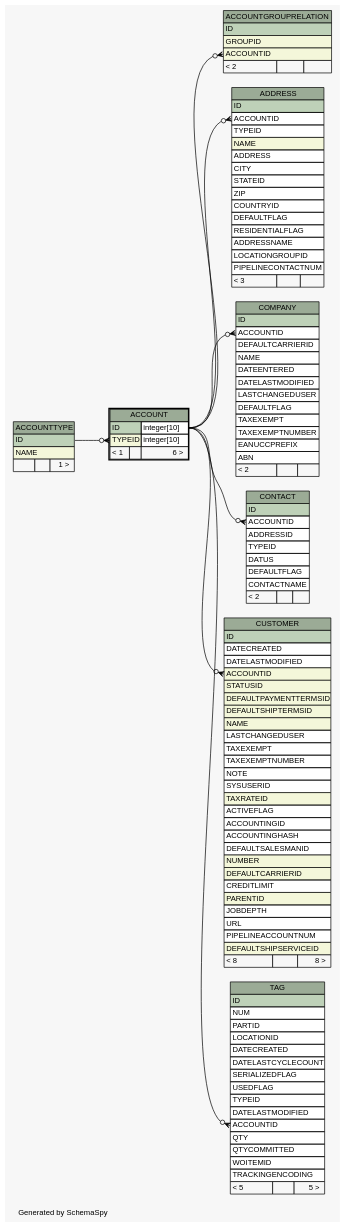
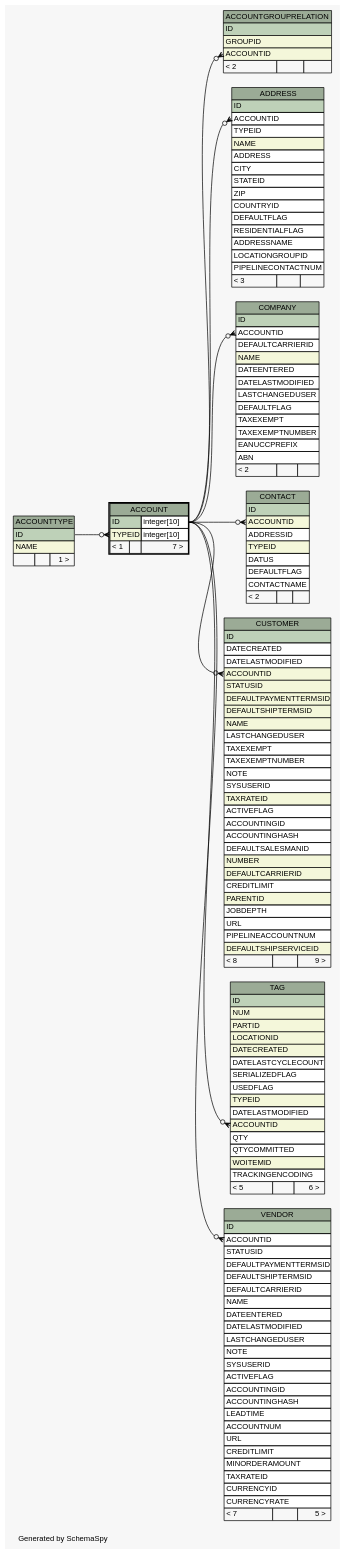
One commit to ilopez/FishbowlDataDictionary changed the diagram in dictionary/Fishbowl2013.5/diagrams/ACCOUNT.1degree.dot. Above: the diagram before and after it, drawn with Graphviz. The commit also changed 958 other files, not shown here.

Commit message:
Fixed the folder structure and updated db with SQL updates, and re ran schemaspy

```diff
--- a/dictionary/Fishbowl2013.5/diagrams/ACCOUNT.1degree.dot
+++ b/dictionary/Fishbowl2013.5/diagrams/ACCOUNT.1degree.dot
@@ -26,13 +26,14 @@
   "CONTACT":"ACCOUNTID":w -> "ACCOUNT":"ID.type":e [arrowhead=none dir=back arrowtail=crowodot];
   "CUSTOMER":"ACCOUNTID":w -> "ACCOUNT":"ID.type":e [arrowhead=none dir=back arrowtail=crowodot];
   "TAG":"ACCOUNTID":w -> "ACCOUNT":"ID.type":e [arrowhead=none dir=back arrowtail=crowodot];
+  "VENDOR":"ACCOUNTID":w -> "ACCOUNT":"ID.type":e [arrowhead=none dir=back arrowtail=crowodot];
   "ACCOUNT" [
     label=<
     <TABLE BORDER="2" CELLBORDER="1" CELLSPACING="0" BGCOLOR="#ffffff">
       <TR><TD COLSPAN="3" BGCOLOR="#9bab96" ALIGN="CENTER">ACCOUNT</TD></TR>
       <TR><TD PORT="ID" COLSPAN="2" BGCOLOR="#bed1b8" ALIGN="LEFT">ID</TD><TD PORT="ID.type" ALIGN="LEFT">integer[10]</TD></TR>
       <TR><TD PORT="TYPEID" COLSPAN="2" BGCOLOR="#f4f7da" ALIGN="LEFT">TYPEID</TD><TD PORT="TYPEID.type" ALIGN="LEFT">integer[10]</TD></TR>
-      <TR><TD ALIGN="LEFT" BGCOLOR="#f7f7f7">&lt; 1</TD><TD ALIGN="RIGHT" BGCOLOR="#f7f7f7">  </TD><TD ALIGN="RIGHT" BGCOLOR="#f7f7f7">6 &gt;</TD></TR>
+      <TR><TD ALIGN="LEFT" BGCOLOR="#f7f7f7">&lt; 1</TD><TD ALIGN="RIGHT" BGCOLOR="#f7f7f7">  </TD><TD ALIGN="RIGHT" BGCOLOR="#f7f7f7">7 &gt;</TD></TR>
     </TABLE>>
     URL="ACCOUNT.html"
     tooltip="ACCOUNT"
@@ -90,7 +91,7 @@
       <TR><TD PORT="ID" COLSPAN="3" BGCOLOR="#bed1b8" ALIGN="LEFT">ID</TD></TR>
       <TR><TD PORT="ACCOUNTID" COLSPAN="3" ALIGN="LEFT">ACCOUNTID</TD></TR>
       <TR><TD PORT="DEFAULTCARRIERID" COLSPAN="3" ALIGN="LEFT">DEFAULTCARRIERID</TD></TR>
-      <TR><TD PORT="NAME" COLSPAN="3" ALIGN="LEFT">NAME</TD></TR>
+      <TR><TD PORT="NAME" COLSPAN="3" BGCOLOR="#f4f7da" ALIGN="LEFT">NAME</TD></TR>
       <TR><TD PORT="DATEENTERED" COLSPAN="3" ALIGN="LEFT">DATEENTERED</TD></TR>
       <TR><TD PORT="DATELASTMODIFIED" COLSPAN="3" ALIGN="LEFT">DATELASTMODIFIED</TD></TR>
       <TR><TD PORT="LASTCHANGEDUSER" COLSPAN="3" ALIGN="LEFT">LASTCHANGEDUSER</TD></TR>
@@ -109,9 +110,9 @@
     <TABLE BORDER="0" CELLBORDER="1" CELLSPACING="0" BGCOLOR="#ffffff">
       <TR><TD COLSPAN="3" BGCOLOR="#9bab96" ALIGN="CENTER">CONTACT</TD></TR>
       <TR><TD PORT="ID" COLSPAN="3" BGCOLOR="#bed1b8" ALIGN="LEFT">ID</TD></TR>
-      <TR><TD PORT="ACCOUNTID" COLSPAN="3" ALIGN="LEFT">ACCOUNTID</TD></TR>
+      <TR><TD PORT="ACCOUNTID" COLSPAN="3" BGCOLOR="#f4f7da" ALIGN="LEFT">ACCOUNTID</TD></TR>
       <TR><TD PORT="ADDRESSID" COLSPAN="3" ALIGN="LEFT">ADDRESSID</TD></TR>
-      <TR><TD PORT="TYPEID" COLSPAN="3" ALIGN="LEFT">TYPEID</TD></TR>
+      <TR><TD PORT="TYPEID" COLSPAN="3" BGCOLOR="#f4f7da" ALIGN="LEFT">TYPEID</TD></TR>
       <TR><TD PORT="DATUS" COLSPAN="3" ALIGN="LEFT">DATUS</TD></TR>
       <TR><TD PORT="DEFAULTFLAG" COLSPAN="3" ALIGN="LEFT">DEFAULTFLAG</TD></TR>
       <TR><TD PORT="CONTACTNAME" COLSPAN="3" ALIGN="LEFT">CONTACTNAME</TD></TR>
@@ -150,7 +151,7 @@
       <TR><TD PORT="URL" COLSPAN="3" ALIGN="LEFT">URL</TD></TR>
       <TR><TD PORT="PIPELINEACCOUNTNUM" COLSPAN="3" ALIGN="LEFT">PIPELINEACCOUNTNUM</TD></TR>
       <TR><TD PORT="DEFAULTSHIPSERVICEID" COLSPAN="3" BGCOLOR="#f4f7da" ALIGN="LEFT">DEFAULTSHIPSERVICEID</TD></TR>
-      <TR><TD ALIGN="LEFT" BGCOLOR="#f7f7f7">&lt; 8</TD><TD ALIGN="RIGHT" BGCOLOR="#f7f7f7">  </TD><TD ALIGN="RIGHT" BGCOLOR="#f7f7f7">8 &gt;</TD></TR>
+      <TR><TD ALIGN="LEFT" BGCOLOR="#f7f7f7">&lt; 8</TD><TD ALIGN="RIGHT" BGCOLOR="#f7f7f7">  </TD><TD ALIGN="RIGHT" BGCOLOR="#f7f7f7">9 &gt;</TD></TR>
     </TABLE>>
     URL="CUSTOMER.html"
     tooltip="CUSTOMER"
@@ -160,23 +161,55 @@
     <TABLE BORDER="0" CELLBORDER="1" CELLSPACING="0" BGCOLOR="#ffffff">
       <TR><TD COLSPAN="3" BGCOLOR="#9bab96" ALIGN="CENTER">TAG</TD></TR>
       <TR><TD PORT="ID" COLSPAN="3" BGCOLOR="#bed1b8" ALIGN="LEFT">ID</TD></TR>
-      <TR><TD PORT="NUM" COLSPAN="3" ALIGN="LEFT">NUM</TD></TR>
-      <TR><TD PORT="PARTID" COLSPAN="3" ALIGN="LEFT">PARTID</TD></TR>
-      <TR><TD PORT="LOCATIONID" COLSPAN="3" ALIGN="LEFT">LOCATIONID</TD></TR>
-      <TR><TD PORT="DATECREATED" COLSPAN="3" ALIGN="LEFT">DATECREATED</TD></TR>
+      <TR><TD PORT="NUM" COLSPAN="3" BGCOLOR="#f4f7da" ALIGN="LEFT">NUM</TD></TR>
+      <TR><TD PORT="PARTID" COLSPAN="3" BGCOLOR="#f4f7da" ALIGN="LEFT">PARTID</TD></TR>
+      <TR><TD PORT="LOCATIONID" COLSPAN="3" BGCOLOR="#f4f7da" ALIGN="LEFT">LOCATIONID</TD></TR>
+      <TR><TD PORT="DATECREATED" COLSPAN="3" BGCOLOR="#f4f7da" ALIGN="LEFT">DATECREATED</TD></TR>
       <TR><TD PORT="DATELASTCYCLECOUNT" COLSPAN="3" ALIGN="LEFT">DATELASTCYCLECOUNT</TD></TR>
       <TR><TD PORT="SERIALIZEDFLAG" COLSPAN="3" ALIGN="LEFT">SERIALIZEDFLAG</TD></TR>
       <TR><TD PORT="USEDFLAG" COLSPAN="3" ALIGN="LEFT">USEDFLAG</TD></TR>
-      <TR><TD PORT="TYPEID" COLSPAN="3" ALIGN="LEFT">TYPEID</TD></TR>
+      <TR><TD PORT="TYPEID" COLSPAN="3" BGCOLOR="#f4f7da" ALIGN="LEFT">TYPEID</TD></TR>
       <TR><TD PORT="DATELASTMODIFIED" COLSPAN="3" ALIGN="LEFT">DATELASTMODIFIED</TD></TR>
-      <TR><TD PORT="ACCOUNTID" COLSPAN="3" ALIGN="LEFT">ACCOUNTID</TD></TR>
+      <TR><TD PORT="ACCOUNTID" COLSPAN="3" BGCOLOR="#f4f7da" ALIGN="LEFT">ACCOUNTID</TD></TR>
       <TR><TD PORT="QTY" COLSPAN="3" ALIGN="LEFT">QTY</TD></TR>
       <TR><TD PORT="QTYCOMMITTED" COLSPAN="3" ALIGN="LEFT">QTYCOMMITTED</TD></TR>
-      <TR><TD PORT="WOITEMID" COLSPAN="3" ALIGN="LEFT">WOITEMID</TD></TR>
+      <TR><TD PORT="WOITEMID" COLSPAN="3" BGCOLOR="#f4f7da" ALIGN="LEFT">WOITEMID</TD></TR>
       <TR><TD PORT="TRACKINGENCODING" COLSPAN="3" ALIGN="LEFT">TRACKINGENCODING</TD></TR>
-      <TR><TD ALIGN="LEFT" BGCOLOR="#f7f7f7">&lt; 5</TD><TD ALIGN="RIGHT" BGCOLOR="#f7f7f7">  </TD><TD ALIGN="RIGHT" BGCOLOR="#f7f7f7">5 &gt;</TD></TR>
+      <TR><TD ALIGN="LEFT" BGCOLOR="#f7f7f7">&lt; 5</TD><TD ALIGN="RIGHT" BGCOLOR="#f7f7f7">  </TD><TD ALIGN="RIGHT" BGCOLOR="#f7f7f7">6 &gt;</TD></TR>
     </TABLE>>
     URL="TAG.html"
     tooltip="TAG"
   ];
+  "VENDOR" [
+    label=<
+    <TABLE BORDER="0" CELLBORDER="1" CELLSPACING="0" BGCOLOR="#ffffff">
+      <TR><TD COLSPAN="3" BGCOLOR="#9bab96" ALIGN="CENTER">VENDOR</TD></TR>
+      <TR><TD PORT="ID" COLSPAN="3" BGCOLOR="#bed1b8" ALIGN="LEFT">ID</TD></TR>
+      <TR><TD PORT="ACCOUNTID" COLSPAN="3" ALIGN="LEFT">ACCOUNTID</TD></TR>
+      <TR><TD PORT="STATUSID" COLSPAN="3" ALIGN="LEFT">STATUSID</TD></TR>
+      <TR><TD PORT="DEFAULTPAYMENTTERMSID" COLSPAN="3" ALIGN="LEFT">DEFAULTPAYMENTTERMSID</TD></TR>
+      <TR><TD PORT="DEFAULTSHIPTERMSID" COLSPAN="3" ALIGN="LEFT">DEFAULTSHIPTERMSID</TD></TR>
+      <TR><TD PORT="DEFAULTCARRIERID" COLSPAN="3" ALIGN="LEFT">DEFAULTCARRIERID</TD></TR>
+      <TR><TD PORT="NAME" COLSPAN="3" ALIGN="LEFT">NAME</TD></TR>
+      <TR><TD PORT="DATEENTERED" COLSPAN="3" ALIGN="LEFT">DATEENTERED</TD></TR>
+      <TR><TD PORT="DATELASTMODIFIED" COLSPAN="3" ALIGN="LEFT">DATELASTMODIFIED</TD></TR>
+      <TR><TD PORT="LASTCHANGEDUSER" COLSPAN="3" ALIGN="LEFT">LASTCHANGEDUSER</TD></TR>
+      <TR><TD PORT="NOTE" COLSPAN="3" ALIGN="LEFT">NOTE</TD></TR>
+      <TR><TD PORT="SYSUSERID" COLSPAN="3" ALIGN="LEFT">SYSUSERID</TD></TR>
+      <TR><TD PORT="ACTIVEFLAG" COLSPAN="3" ALIGN="LEFT">ACTIVEFLAG</TD></TR>
+      <TR><TD PORT="ACCOUNTINGID" COLSPAN="3" ALIGN="LEFT">ACCOUNTINGID</TD></TR>
+      <TR><TD PORT="ACCOUNTINGHASH" COLSPAN="3" ALIGN="LEFT">ACCOUNTINGHASH</TD></TR>
+      <TR><TD PORT="LEADTIME" COLSPAN="3" ALIGN="LEFT">LEADTIME</TD></TR>
+      <TR><TD PORT="ACCOUNTNUM" COLSPAN="3" ALIGN="LEFT">ACCOUNTNUM</TD></TR>
+      <TR><TD PORT="URL" COLSPAN="3" ALIGN="LEFT">URL</TD></TR>
+      <TR><TD PORT="CREDITLIMIT" COLSPAN="3" ALIGN="LEFT">CREDITLIMIT</TD></TR>
+      <TR><TD PORT="MINORDERAMOUNT" COLSPAN="3" ALIGN="LEFT">MINORDERAMOUNT</TD></TR>
+      <TR><TD PORT="TAXRATEID" COLSPAN="3" ALIGN="LEFT">TAXRATEID</TD></TR>
+      <TR><TD PORT="CURRENCYID" COLSPAN="3" ALIGN="LEFT">CURRENCYID</TD></TR>
+      <TR><TD PORT="CURRENCYRATE" COLSPAN="3" ALIGN="LEFT">CURRENCYRATE</TD></TR>
+      <TR><TD ALIGN="LEFT" BGCOLOR="#f7f7f7">&lt; 7</TD><TD ALIGN="RIGHT" BGCOLOR="#f7f7f7">  </TD><TD ALIGN="RIGHT" BGCOLOR="#f7f7f7">5 &gt;</TD></TR>
+    </TABLE>>
+    URL="VENDOR.html"
+    tooltip="VENDOR"
+  ];
 }
```
